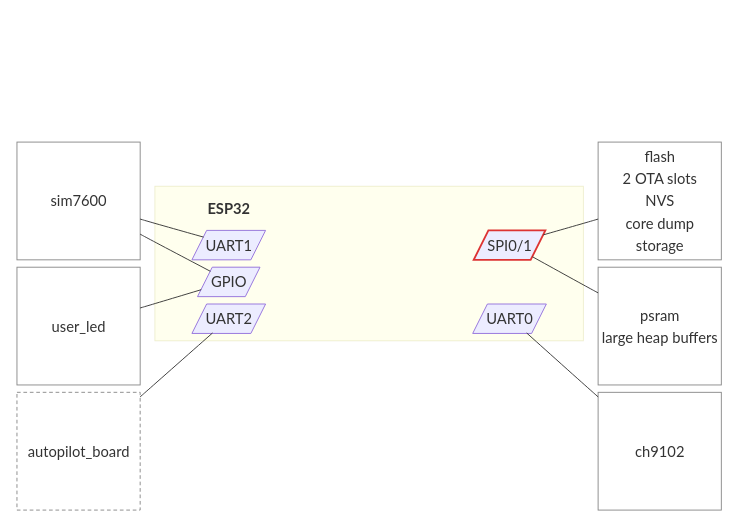
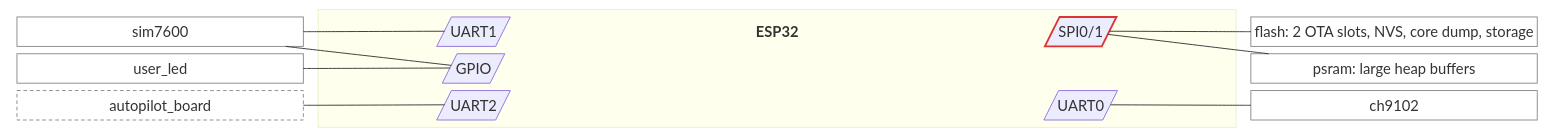
The second of 4 diagrams in examples/gateway/diagrams.md (jRmx0/esp-architecture), drawn with Mermaid before and after one commit. The commit also changed 2 other files, not shown here.

Commit message:
Block level 1: one-line labels, processor name in the middle column
The side columns are separate grids, so devices line up with their buses
only while every cell is one line high: holds follow the device id after a
colon, and the processor's name moves from its own row into the chip's
empty middle column. A manifest without hardware still gets the name.

````diff
--- a/examples/gateway/diagrams.md
+++ b/examples/gateway/diagrams.md
@@ -29,48 +29,45 @@
 ```mermaid
 block-beta
   columns 5
   block:left
     columns 1
-    space
     n_sim7600["sim7600"]
     n_user_led["user_led"]
     n_autopilot_board["autopilot_board"]
   end
   block:chip:3
     columns 3
-    chip_title["<b>ESP32</b>"]:3
     n_uart_modem[/"UART1"/]
-    space
+    chip_title["<b>ESP32</b>"]
     n_spi_mem[/"SPI0/1"/]
     n_gpio_board[/"GPIO"/]
     space
     space
     n_uart2_board[/"UART2"/]
     space
     n_uart0_console[/"UART0"/]
   end
   block:right
     columns 1
-    space
-    n_flash["flash<br/>2 OTA slots<br/>NVS<br/>core dump<br/>storage"]
-    n_psram["psram<br/>large heap buffers"]
+    n_flash["flash: 2 OTA slots, NVS, core dump, storage"]
+    n_psram["psram: large heap buffers"]
     n_ch9102["ch9102"]
   end
   style left fill:none,stroke:none
   style right fill:none,stroke:none
   n_uart_modem --- n_sim7600
   n_gpio_board --- n_sim7600
   n_gpio_board --- n_user_led
   n_uart2_board --- n_autopilot_board
   n_uart0_console --- n_ch9102
   n_spi_mem --- n_flash
   n_spi_mem --- n_psram
   classDef title fill:none,stroke:none
   classDef device fill:none,stroke:#888
   classDef planned fill:none,stroke:#888,stroke-dasharray:4 3
   class chip_title title
   class n_sim7600,n_user_led,n_ch9102,n_flash,n_psram device
   class n_autopilot_board planned
   classDef shared stroke:#d33,stroke-width:2px
   class n_spi_mem shared
 ```
````
